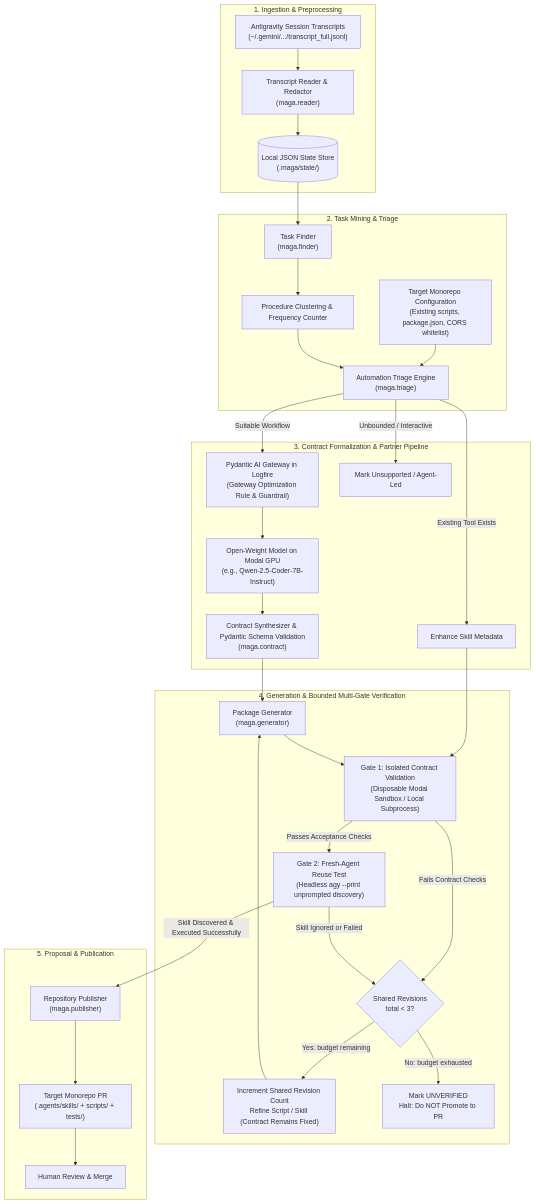
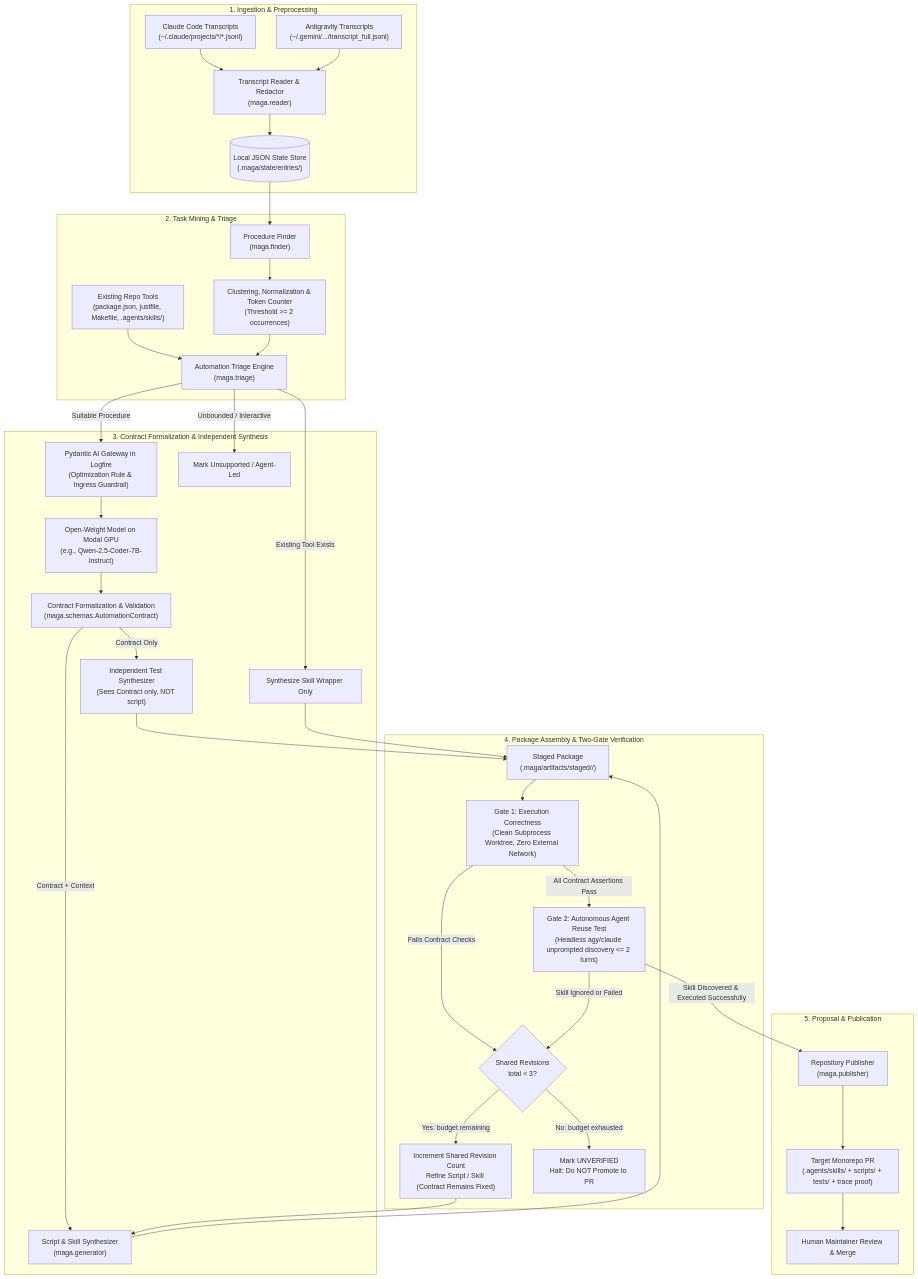
One commit to gcpuser1/maga-hackathon changed the first of 2 diagrams in docs/architecture/ARCHITECTURE.md. Above: the diagram before and after it, drawn with Mermaid. The commit also changed other lines of this file and 1 other file, not shown here.

Commit message:
docs: align architecture specification and agent workflow with 8 design decisions

````diff
--- a/docs/architecture/ARCHITECTURE.md
+++ b/docs/architecture/ARCHITECTURE.md
@@ -167,43 +172,49 @@
 ```mermaid
 flowchart TD
     subgraph S1["1. Ingestion & Preprocessing"]
-        T["Antigravity Session Transcripts<br/>(~/.gemini/.../transcript_full.jsonl)"] --> ING["Transcript Reader & Redactor<br/>(maga.reader)"]
-        ING --> DB[("Local JSON State Store<br/>(.maga/state/)")]
+        T1["Claude Code Transcripts<br/>(~/.claude/projects/*/*.jsonl)"] --> ING["Transcript Reader & Redactor<br/>(maga.reader)"]
+        T2["Antigravity Transcripts<br/>(~/.gemini/.../transcript_full.jsonl)"] --> ING
+        ING --> DB[("Local JSON State Store<br/>(.maga/state/entries/)")]
     end
 
     subgraph S2["2. Task Mining & Triage"]
-        DB --> MINER["Task Finder<br/>(maga.finder)"]
-        MINER --> CLUST["Procedure Clustering & Frequency Counter"]
-        REPO_CONF["Target Monorepo Configuration<br/>(Existing scripts, package.json, CORS whitelist)"] --> TRIAGE["Automation Triage Engine<br/>(maga.triage)"]
+        DB --> MINER["Procedure Finder<br/>(maga.finder)"]
+        MINER --> CLUST["Clustering, Normalization & Token Counter<br/>(Threshold >= 2 occurrences)"]
+        REPO_CONF["Existing Repo Tools<br/>(package.json, justfile, Makefile, .agents/skills/)"] --> TRIAGE["Automation Triage Engine<br/>(maga.triage)"]
         CLUST --> TRIAGE
     end
 
-    subgraph S3["3. Contract Formalization & Partner Pipeline"]
-        TRIAGE -->|Suitable Workflow| GW["Pydantic AI Gateway in Logfire<br/>(Gateway Optimization Rule & Guardrail)"]
+    subgraph S3["3. Contract Formalization & Independent Synthesis"]
+        TRIAGE -->|Suitable Procedure| GW["Pydantic AI Gateway in Logfire<br/>(Optimization Rule & Ingress Guardrail)"]
         GW --> MODAL_LLM["Open-Weight Model on Modal GPU<br/>(e.g., Qwen-2.5-Coder-7B-Instruct)"]
-        MODAL_LLM --> CSYN["Contract Synthesizer & Pydantic Schema Validation<br/>(maga.contract)"]
-        TRIAGE -->|Existing Tool Exists| SKILL_ONLY["Enhance Skill Metadata"]
+        MODAL_LLM --> CSYN["Contract Formalization & Validation<br/>(maga.schemas.AutomationContract)"]
+        
+        CSYN -->|Contract Only| TEST_GEN["Independent Test Synthesizer<br/>(Sees Contract only, NOT script)"]
+        CSYN -->|Contract + Context| SCRIPT_GEN["Script & Skill Synthesizer<br/>(maga.generator)"]
+        
+        TRIAGE -->|Existing Tool Exists| SKILL_ONLY["Synthesize Skill Wrapper Only"]
         TRIAGE -->|Unbounded / Interactive| REJECT["Mark Unsupported / Agent-Led"]
     end
 
-    subgraph S4["4. Generation & Bounded Multi-Gate Verification"]
-        CSYN --> GEN["Package Generator<br/>(maga.generator)"]
-        SKILL_ONLY --> GATE1
-        GEN --> GATE1["Gate 1: Isolated Contract Validation<br/>(Disposable Modal Sandbox / Local Subprocess)"]
+    subgraph S4["4. Package Assembly & Two-Gate Verification"]
+        TEST_GEN --> PKG["Staged Package<br/>(.maga/artifacts/staged/<id>/)"]
+        SCRIPT_GEN --> PKG
+        SKILL_ONLY --> PKG
         
-        GATE1 -->|Passes Acceptance Checks| GATE2["Gate 2: Fresh-Agent Reuse Test<br/>(Headless agy --print unprompted discovery)"]
+        PKG --> GATE1["Gate 1: Execution Correctness<br/>(Clean Subprocess Worktree, Zero External Network)"]
+        GATE1 -->|All Contract Assertions Pass| GATE2["Gate 2: Autonomous Agent Reuse Test<br/>(Headless agy/claude unprompted discovery <= 2 turns)"]
         
         GATE1 -->|Fails Contract Checks| REV_CHECK{"Shared Revisions<br/>total < 3?"}
         GATE2 -->|Skill Ignored or Failed| REV_CHECK
         
         REV_CHECK -->|Yes: budget remaining| REVISE["Increment Shared Revision Count<br/>Refine Script / Skill (Contract Remains Fixed)"]
-        REVISE --> GEN
+        REVISE --> SCRIPT_GEN
         REV_CHECK -->|No: budget exhausted| UNVERIFIED["Mark UNVERIFIED<br/>Halt: Do NOT Promote to PR"]
     end
 
     subgraph S5["5. Proposal & Publication"]
         GATE2 -->|Skill Discovered & Executed Successfully| PR_BUILDER["Repository Publisher<br/>(maga.publisher)"]
-        PR_BUILDER --> TARGET_PR["Target Monorepo PR<br/>(.agents/skills/ + scripts/ + tests/)"]
-        TARGET_PR --> HUMAN_REV["Human Review & Merge"]
+        PR_BUILDER --> TARGET_PR["Target Monorepo PR<br/>(.agents/skills/ + scripts/ + tests/ + trace proof)"]
+        TARGET_PR --> HUMAN_REV["Human Maintainer Review & Merge"]
     end
 ```
````
